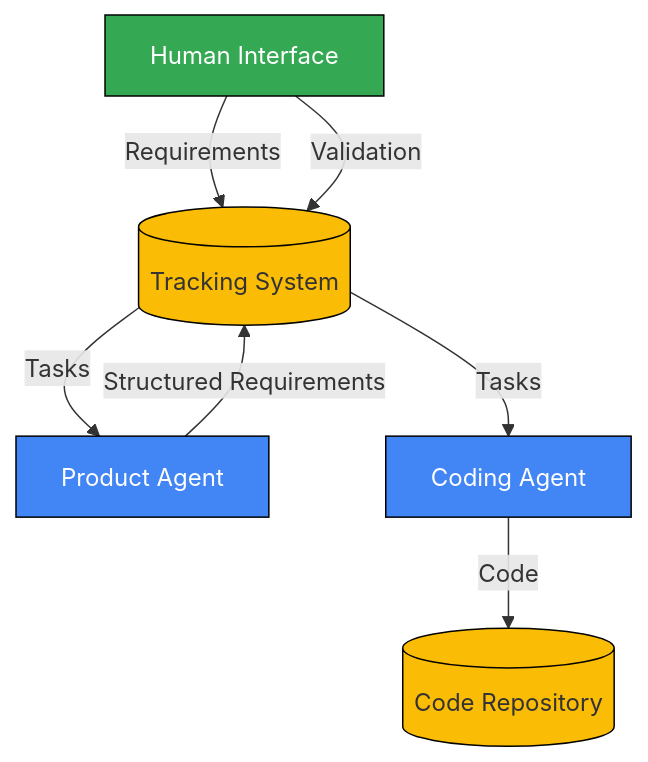
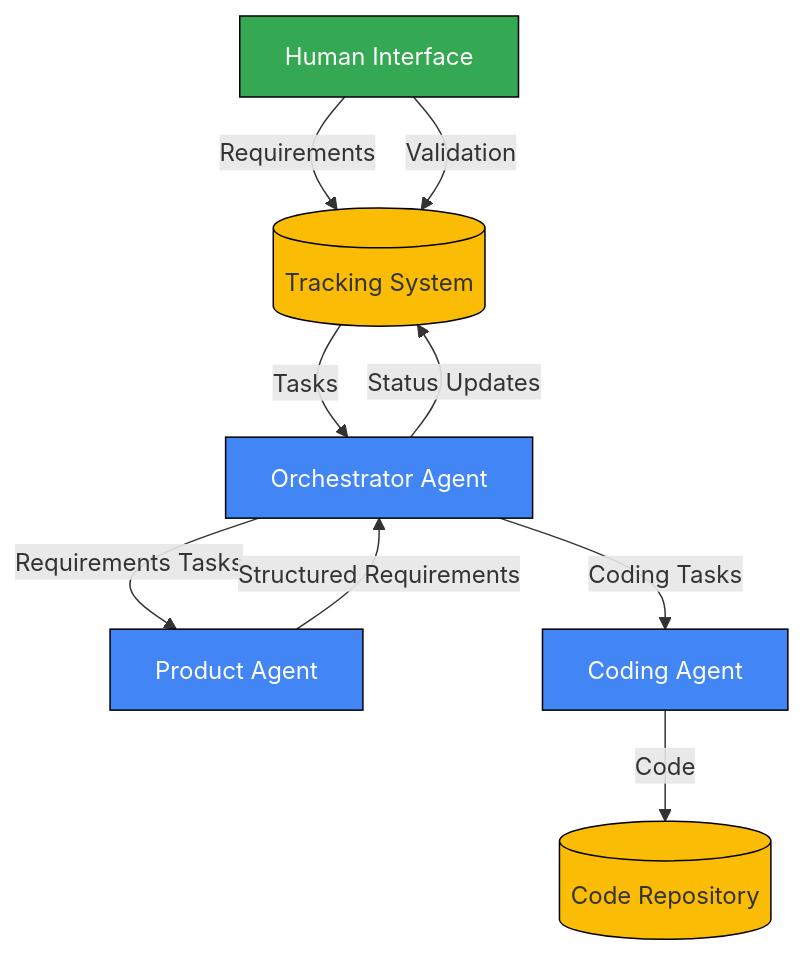
The diagram in docs/arch/architecture_overview.md (kgatilin/aihive), drawn with Mermaid before and after one commit. The commit also changed other lines of this file, not shown here.

Commit message:
Update architecture_overview.md with Orchestrator Agent

````diff
--- a/docs/arch/architecture_overview.md
+++ b/docs/arch/architecture_overview.md
@@ -25,17 +25,20 @@
 ```mermaid
 graph TD
     UI[Human Interface] -->|Requirements| TS[(Tracking System)]
-    TS -->|Tasks| PM[Product Agent]
-    TS -->|Tasks| CA[Coding Agent]
-    PM -->|Structured Requirements| TS
+    TS -->|Tasks| OA[Orchestrator Agent]
+    OA -->|Requirements Tasks| PM[Product Agent]
+    OA -->|Coding Tasks| CA[Coding Agent]
+    PM -->|Structured Requirements| OA
     CA -->|Code| CR[(Code Repository)]
     UI -->|Validation| TS
+    OA -->|Status Updates| TS
     
     style PM fill:#4285F4,stroke:#000,stroke-width:1px,color:white
     style CA fill:#4285F4,stroke:#000,stroke-width:1px,color:white
+    style OA fill:#4285F4,stroke:#000,stroke-width:1px,color:white
     
     style UI fill:#34A853,stroke:#000,stroke-width:1px,color:white
     
     style TS fill:#FBBC05,stroke:#000,stroke-width:1px
     style CR fill:#FBBC05,stroke:#000,stroke-width:1px
 ```
````
